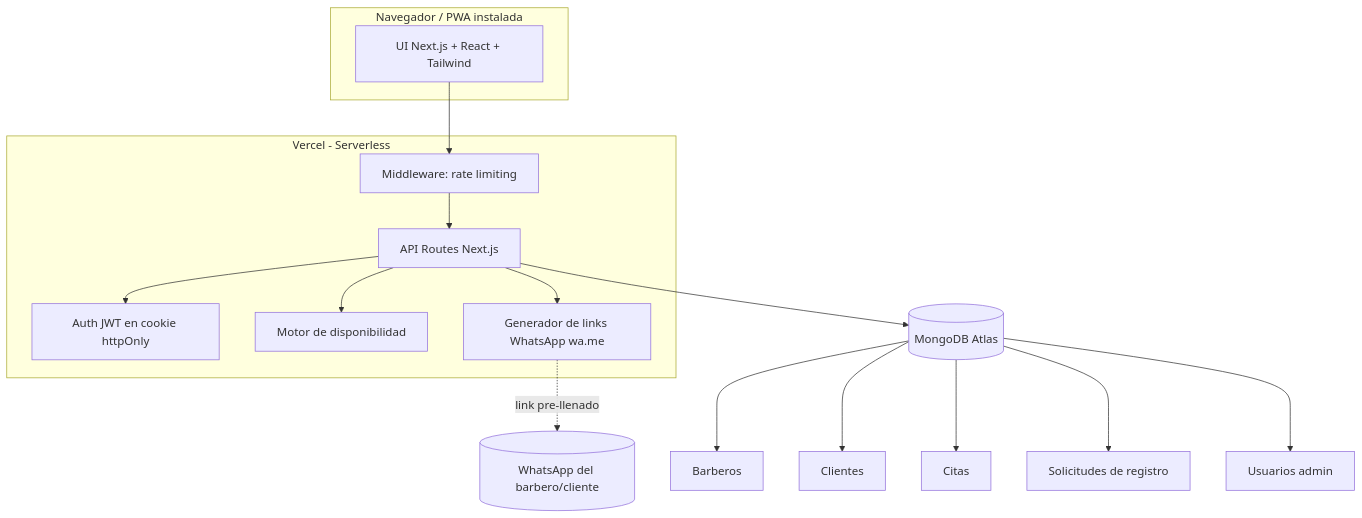
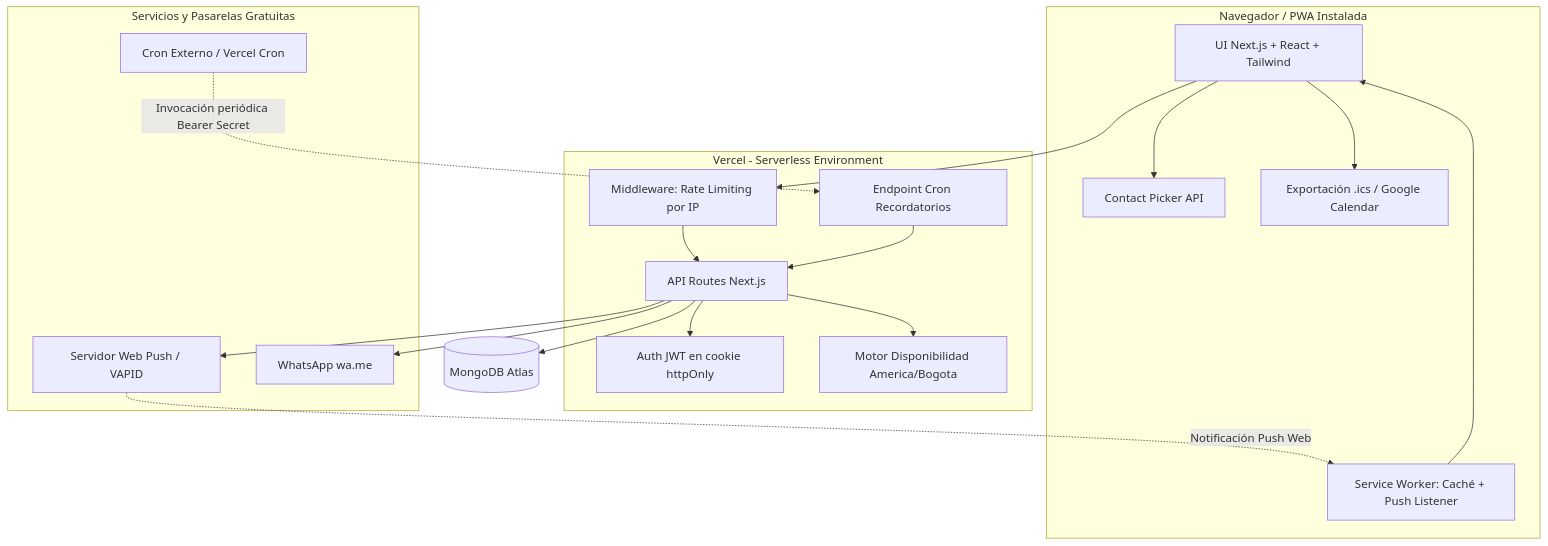
One commit to CitasBarber/citasbarber changed the first of 3 diagrams in documentacion.md. Above: the diagram before and after it, drawn with Mermaid. The commit also changed other lines of this file and 10 other files, not shown here.

````diff
--- a/documentacion.md
+++ b/documentacion.md
@@ -46,23 +46,39 @@
 ```mermaid
 graph TD
-    subgraph Cliente_Dispositivo[Navegador / PWA instalada]
+    subgraph Cliente_Dispositivo[Navegador / PWA Instalada]
         UI[UI Next.js + React + Tailwind]
+        SW[Service Worker: Caché + Push Listener]
+        CP[Contact Picker API]
+        CalSync[Exportación .ics / Google Calendar]
     end
 
-    subgraph Vercel[Vercel - Serverless]
-        UI --> MW[Middleware: rate limiting]
-        MW --> API[API Routes Next.js]
-        API --> Auth[Auth JWT en cookie httpOnly]
-        API --> Disp[Motor de disponibilidad]
-        API --> WA[Generador de links WhatsApp wa.me]
+    subgraph Vercel[Vercel - Serverless Environment]
+        MW[Middleware: Rate Limiting por IP]
+        API[API Routes Next.js]
+        Auth[Auth JWT en cookie httpOnly]
+        Disp[Motor Disponibilidad America/Bogota]
+        Cron[Endpoint Cron Recordatorios]
     end
 
-    API --> DB[(MongoDB Atlas)]
-    WA -. link pre-llenado .-> WhatsApp[(WhatsApp del barbero/cliente)]
+    subgraph Servicios_Externos[Servicios y Pasarelas Gratuitas]
+        PushServ[Servidor Web Push / VAPID]
+        WA[WhatsApp wa.me]
+        CronJob[Cron Externo / Vercel Cron]
+    end
 
-    DB --> Barberos[Barberos]
-    DB --> Clientes[Clientes]
-    DB --> Citas[Citas]
-    DB --> Solicitudes[Solicitudes de registro]
-    DB --> Usuarios[Usuarios admin]
+    DB[(MongoDB Atlas)]
+
+    UI --> MW
+    MW --> API
+    API --> Auth
+    API --> Disp
+    API --> DB
+    CronJob -. Invocación periódica Bearer Secret .-> Cron
+    Cron --> API
+    API --> PushServ
+    PushServ -. Notificación Push Web .-> SW
+    SW --> UI
+    API --> WA
+    UI --> CP
+    UI --> CalSync
 ```
````
